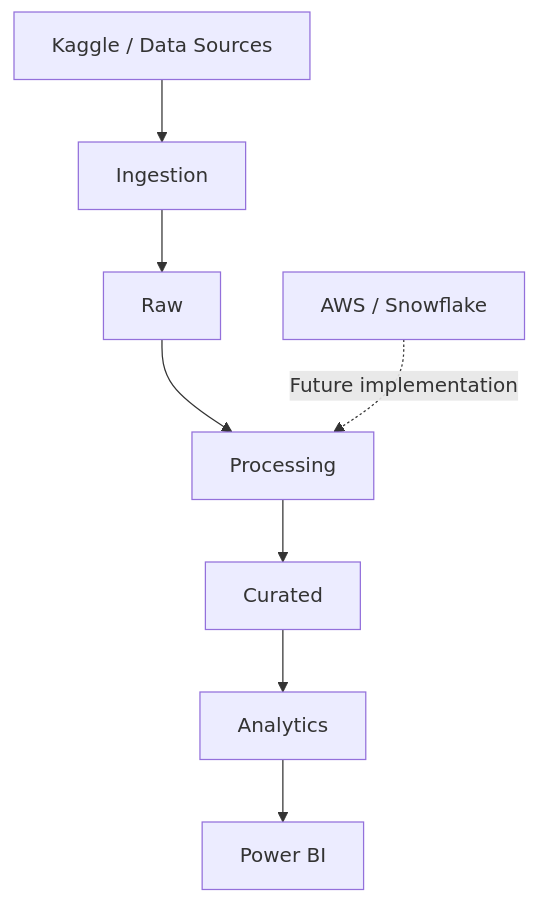
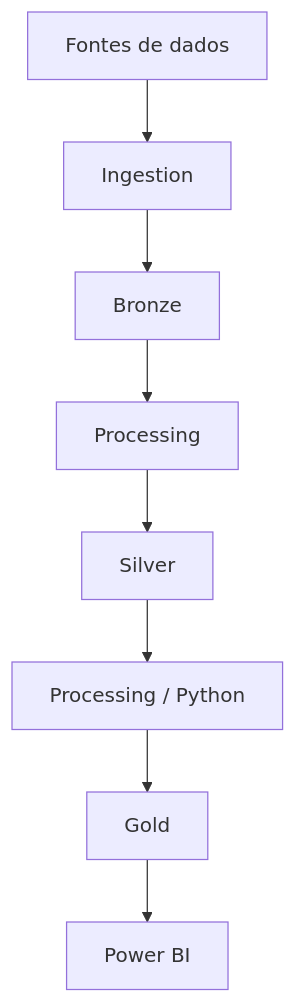
One commit to VitorFernandesSouza/event-driven-music-data-pipeline changed the diagram in README.md. Above: the diagram before and after it, drawn with Mermaid. The commit also changed other lines of this file and 34 other files, not shown here.

````diff
--- a/README.md
+++ b/README.md
@@ -15,10 +15,10 @@
 ```mermaid
 flowchart TD
-    A[Kaggle / Data Sources] --> B[Ingestion]
-    B --> C[Raw]
+    A[Fontes de dados] --> B[Ingestion]
+    B --> C[Bronze]
     C --> D[Processing]
-    D --> E[Curated]
-    E --> F[Analytics]
-    F --> G[Power BI]
-    H[AWS / Snowflake] -. Future implementation .-> D
+    D --> E[Silver]
+    E --> F[Processing / Python]
+    F --> G[Gold]
+    G --> H[Power BI]
 ```
````
